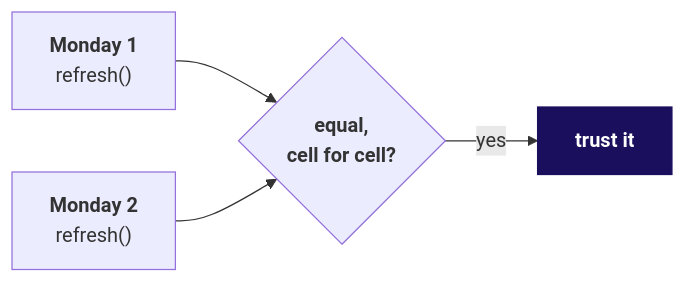
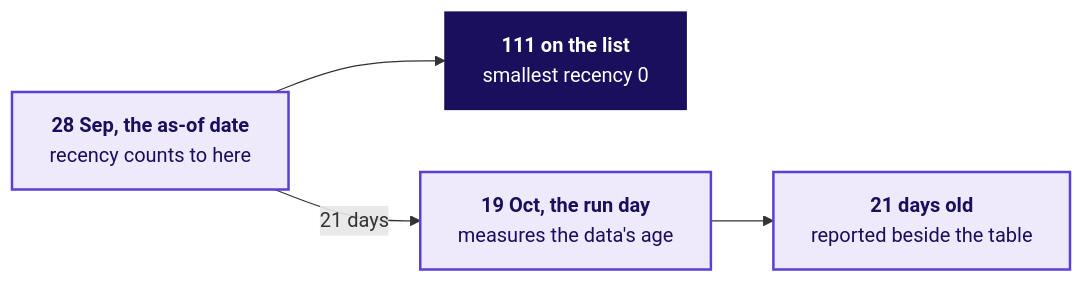
The third of 7 diagrams in content/W02/D4/slides/C2_W02_D04_half2_STUDENT.md (fde-academy-lab/c2-content-factory), drawn with Mermaid before and after one commit. The commit also changed other lines of this file and 4 other files, not shown here.

First line of the commit message:
W02 D4 decks after the depth loop: every predict on its slide, chapters within 10 to 14 slides, chapter 4's thinking picture, speed as measured, the data's age beside the win-back list, map slides named for their stakeholder; day sheet renumbered to match

````diff
--- a/content/W02/D4/slides/C2_W02_D04_half2_STUDENT.md
+++ b/content/W02/D4/slides/C2_W02_D04_half2_STUDENT.md
@@ -302,8 +206,10 @@
 ```mermaid
 flowchart LR
-    M1["<b>Monday 1</b><br/>refresh()"] --> E{"<b>equal,<br/>cell for cell?</b>"}
-    M2["<b>Monday 2</b><br/>refresh()"] --> E
-    E -->|yes| T["<b>trust it</b>"]
+    A["<b>28 Sep, the as-of date</b><br/>recency counts to here"] --> L["<b>111 on the list</b><br/>smallest recency 0"]
+    A -->|21 days| R["<b>19 Oct, the run day</b><br/>measures the data's age"]
+    R --> G["<b>21 days old</b><br/>reported beside the table"]
     classDef bet fill:#1A0F5C,stroke:#1A0F5C,color:#FFFFFF
-    class T bet
+    classDef known fill:#EEEAFB,stroke:#5B3FD6,color:#1A0F5C,stroke-width:2px
+    class L bet
+    class A,R,G known
 ```
````
